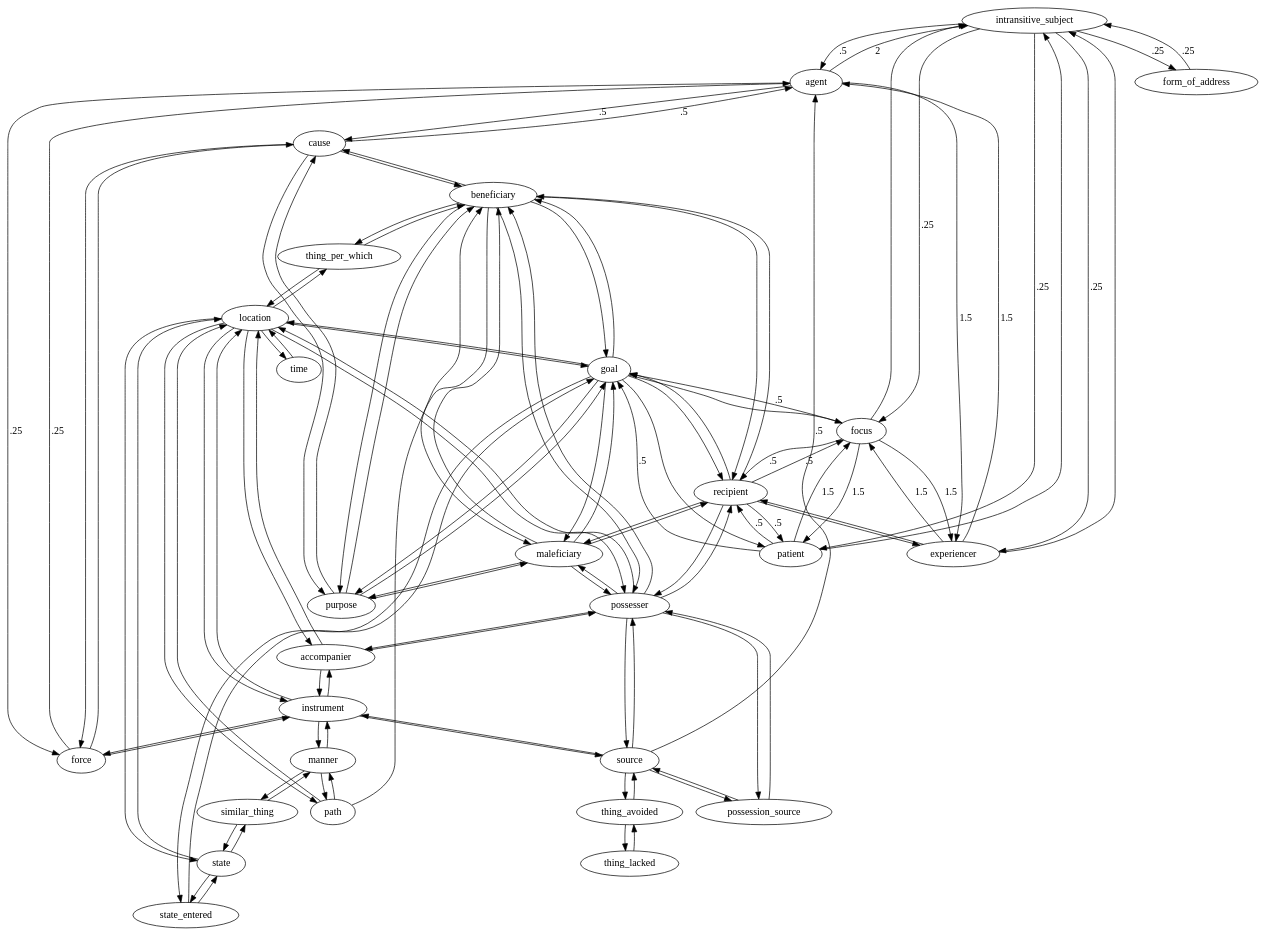
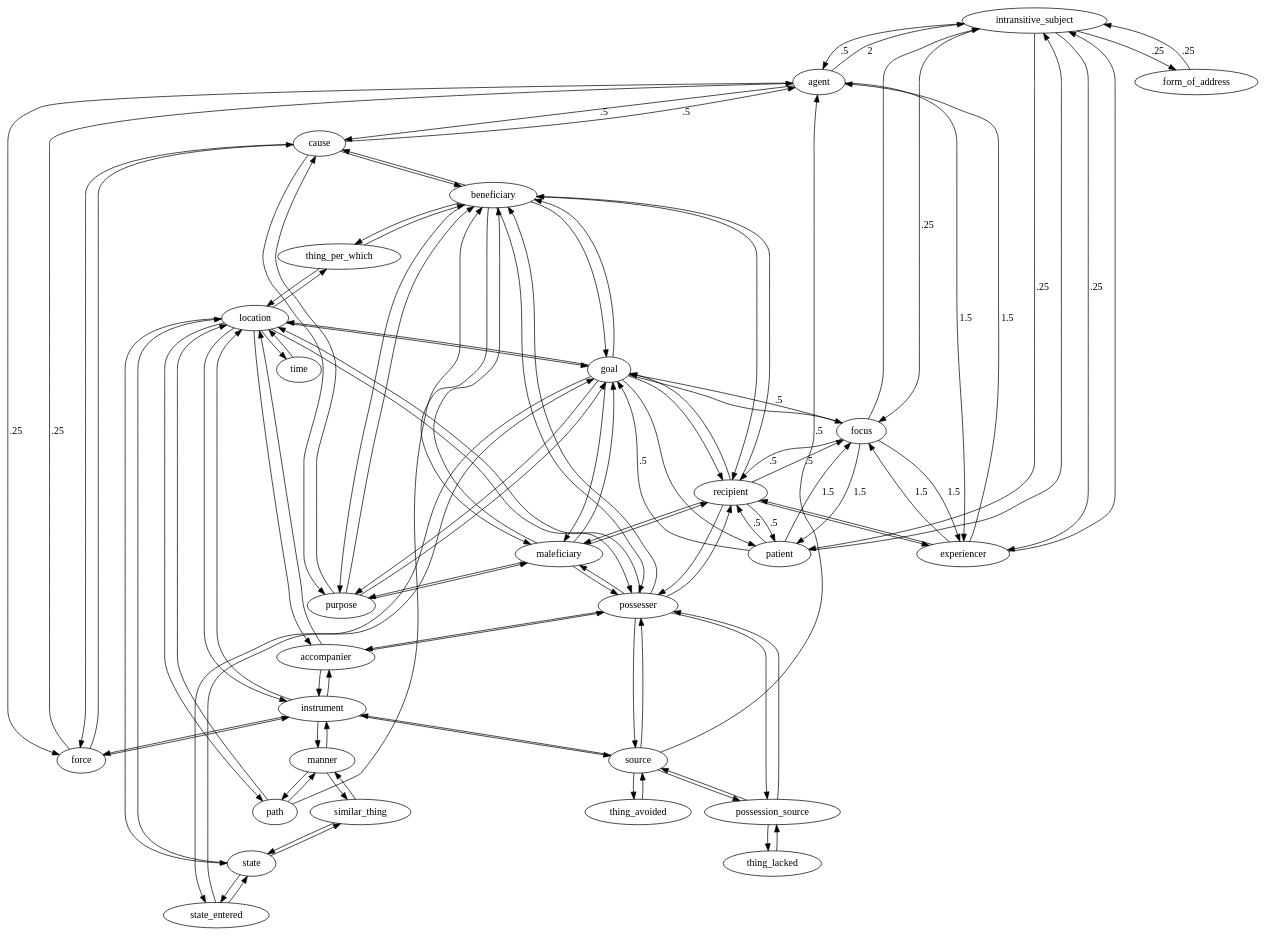
One commit to alexfink/random_language changed the diagram in noun/case.dot. Above: the diagram before and after it, drawn with Graphviz.

Commit message:
tweak to case graph

```diff
--- a/noun/case.dot
+++ b/noun/case.dot
@@ -1,153 +1,153 @@
 digraph case {
 	graph [odds = 1.6]; // WALS
 	graph [conflation = "{spatial_relation: 0.333333, number: 0.05, animacy: 0.05, definiteness: 0.025, arbitrary_noun_class: 0.025}"];
 	// Core roles up top.
 	intransitive_subject [seed_weight = 0.0625]; // anti-tripartite bias: we don't want a correlation between large case systems and tripartiteness
 	intransitive_subject [uncorrelated_retention = 0.95]; // for active-stative.  WALS ch. 98 says .979; I'm generous
 	intransitive_subject -> agent [weight = .5, label = .5];
 	intransitive_subject -> experiencer [weight = .25, label = .25];
 	intransitive_subject -> focus [weight = .25, label = .25];
 	intransitive_subject -> patient [weight = .25, label = .25];
 	intransitive_subject -> form_of_address [weight = .25, label = .25];
 	agent [seed_weight = 2]; // the agent -- patient contrast is fundamental
 	agent -> intransitive_subject [weight = 2, label = 2];
 	agent -> force [weight = .25, label = .25]; // they say agent -> force is rare
 	agent -> experiencer [weight = 1.5, label = 1.5];
 	agent -> cause [weight = .5, label = .5];
 	experiencer [seed_retention = 0.25];
 	experiencer -> intransitive_subject;
 	experiencer -> agent [weight = 1.5, label = 1.5];
 	experiencer -> focus [weight = 1.5, label = 1.5];
 	experiencer -> recipient;
 	focus [seed_retention = 0.25];
 	focus -> intransitive_subject;
 	focus -> experiencer [weight = 1.5, label = 1.5];
 	focus -> patient [weight = 1.5, label = 1.5];
 	focus -> goal [weight = .5, label = .5];
 	focus -> recipient [weight = .5, label = .5];
 	patient [seed_weight = 2];
 	patient -> intransitive_subject;
 	patient -> focus [weight = 1.5, label = 1.5];
 	patient -> goal [weight = .5, label = .5];
 	patient -> recipient [weight = .5, label = .5];
 	force [seed_weight = 0.025];
 	force [retention = 0.5]; 
 	force -> agent [weight = .25, label = .25];
 	force -> instrument;
 	force -> cause;
 	source [retention = 0.4];
 	source [product_with = "[spatial_relation]"];
 	source -> agent [weight = .5, label = .5];
 	source -> instrument;
 	source -> possesser;
 	source -> possession_source;
 	source -> thing_avoided;
 	time [retention = 0.1];
 	time -> location;
 	purpose [retention = 0.1];
 	purpose -> goal;
 	purpose -> cause;
 	purpose -> beneficiary;
 	purpose -> maleficiary;
 	thing_per_which [retention = 0.05]; // distributive.  what am I supposed to call the role?
 	thing_per_which -> location;
 	thing_per_which -> beneficiary;
 	state [retention = 0.25]; // essive; but this might be better handled among the local cases
 	state -> location;
 	state -> similar_thing;
 	state -> state_entered;
 	/*
 	form_of_address is for the vocative.  
 	If it's a case it's probably fairly extrasystematic.  Nonetheless we connect it in the graph
 	so that it can be special in one number but not another, etc. */
 	form_of_address [retention = 0.15]; 
 	form_of_address -> intransitive_subject [weight = .25, label = .25];
 	beneficiary [retention = 0.25];
 	beneficiary -> recipient;
 	beneficiary -> goal;
 	beneficiary -> possesser;
 	beneficiary -> purpose;
 	beneficiary -> maleficiary;
 	beneficiary -> cause;
 	beneficiary -> thing_per_which;
 	cause [retention = 0.1]; // these three are probably little used on nouns
 	cause -> agent [weight = .5, label = .5];
 	cause -> force;
 	cause -> beneficiary;
 	cause -> purpose;
 	manner [retention = 0.1];
 	manner -> similar_thing;
 	manner -> instrument;
 	manner -> path;
 	possession_source [retention = 0.1]; // "I borrowed the book _from Cecil_"
 	possession_source -> source;
 	possession_source -> possesser;
+	possession_source -> thing_lacked;
 	possesser [retention = 0.666667];
 	possesser -> source;
 	possesser -> possession_source;
 	possesser -> location;
 	possesser -> recipient;
 	possesser -> beneficiary;
 	possesser -> maleficiary;
 	possesser -> accompanier;
-	thing_lacked [retention = 0.1]; // I have no better idea for an edge, except for from local cases
-	thing_lacked -> thing_avoided;
+	thing_lacked [retention = 0.1]; // I have no good idea for an edge, except for from local cases
+	thing_lacked -> possession_source;
 	similar_thing [retention = 0.1];
 	similar_thing -> manner;
 	similar_thing -> state;
 	recipient [retention = 0.666667];
 	recipient -> experiencer;
 	recipient -> goal;
 	recipient -> beneficiary;
 	recipient -> maleficiary;
 	recipient -> possesser;
 	recipient -> focus [weight = .5, label = .5];
 	recipient -> patient [weight = .5, label = .5];
 	location [retention = 0.5];
 	location [product_with = "[spatial_relation]"];
 	location -> goal;
 	location -> instrument;
 	location -> possesser;
 	location -> path;
 	location -> time;
 	location -> state;
 	location -> accompanier;
 	location -> thing_per_which;
 	instrument [retention = 0.5];
 	instrument -> force;
 	instrument -> location;
 	instrument -> source;
 	instrument -> accompanier;
 	instrument -> manner;
 	path [retention = 0.2];
 	path [product_with = "[spatial_relation]"];
 	path -> location;
 	path -> beneficiary;
 	path -> manner;
 	thing_avoided [retention = 0.05];
 	thing_avoided -> source;
-	thing_avoided -> thing_lacked;
 	goal [retention = 0.4];
 	goal [product_with = "[spatial_relation]"];
 	goal -> recipient;
 	goal -> beneficiary;
 	goal -> maleficiary;
 	goal -> focus;
 	goal -> patient;
 	goal -> location;
 	goal -> purpose;
 	goal -> state_entered;
 	state_entered [retention = 0.1];
 	state_entered -> goal;
 	state_entered -> state;
 	accompanier [retention = 0.333333]; // what about 'with' -- 'and'?
 	accompanier -> instrument;
 	accompanier -> possesser;
 	accompanier -> location;
 	maleficiary [retention = 0.05];
 	maleficiary -> recipient;
 	maleficiary -> goal;
 	maleficiary -> possesser;
 	maleficiary -> purpose;
 	maleficiary -> beneficiary;
 }
```
